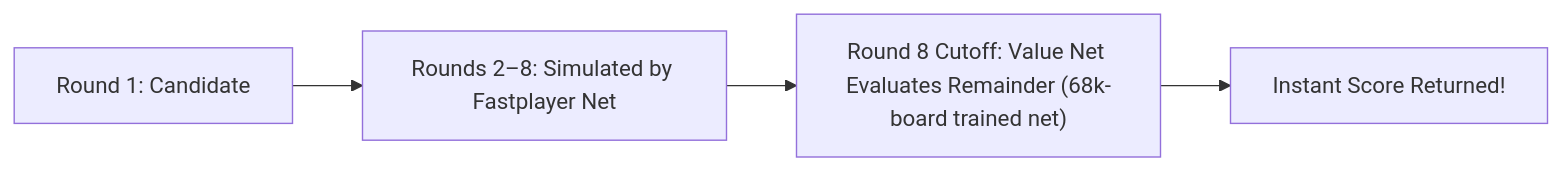
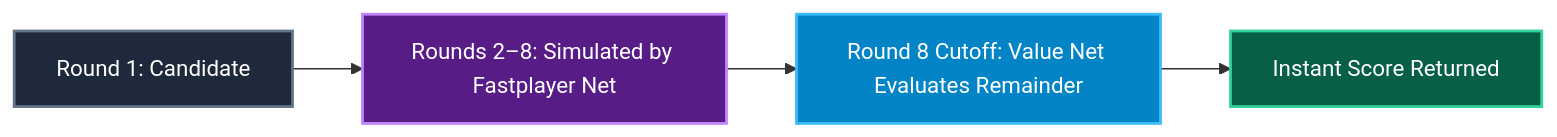
One commit to Angle-Brackets/TTRSolver changed the fourth of 5 diagrams in docs/playout.md. Above: the diagram before and after it, drawn with Mermaid. The commit also changed other lines of this file and 9 other files, not shown here.

Commit message:
docs: color-code all Mermaid diagrams with distinct visual themes

````diff
--- a/docs/playout.md
+++ b/docs/playout.md
@@ -166,6 +182,16 @@
 ```mermaid
 flowchart LR
+    classDef candNode fill:#1e293b,stroke:#64748b,stroke-width:2px,color:#ffffff
+    classDef simNode fill:#581c87,stroke:#c084fc,stroke-width:2px,color:#ffffff
+    classDef valNode fill:#0284c7,stroke:#38bdf8,stroke-width:2px,color:#ffffff
+    classDef scoreNode fill:#065f46,stroke:#34d399,stroke-width:2px,color:#ffffff
+
     A["Round 1: Candidate"] --> B["Rounds 2–8: Simulated by Fastplayer Net"]
-    B --> C["Round 8 Cutoff: Value Net Evaluates Remainder (68k-board trained net)"]
-    C --> D["Instant Score Returned!"]
+    B --> C["Round 8 Cutoff: Value Net Evaluates Remainder"]
+    C --> D["Instant Score Returned"]
+
+    class A candNode
+    class B simNode
+    class C valNode
+    class D scoreNode
 ```
````
